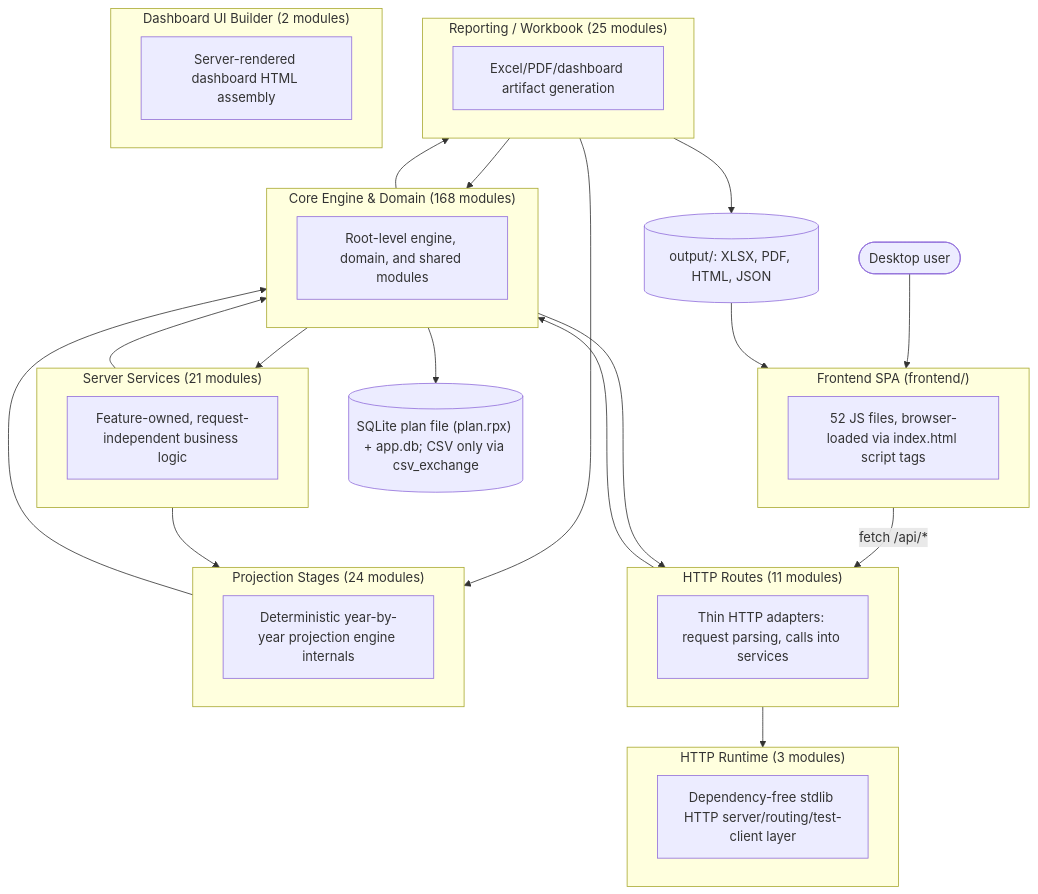
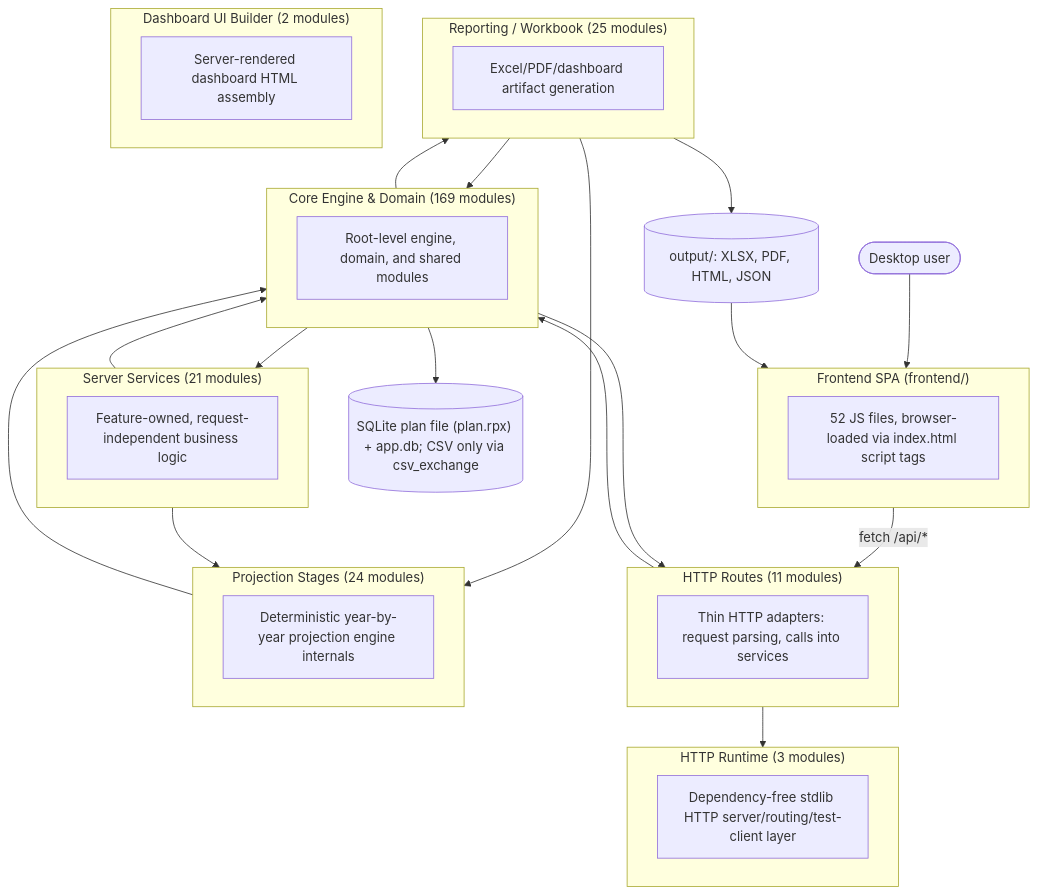
Before and after one commit to matthartzman/retirement_system: the first of 2 diagrams in documentation/reference/SYSTEM_ARCHITECTURE_DIAGRAM.md, drawn with Mermaid. The commit also changed other lines of this file and 12 other files, not shown here.

````diff
--- a/documentation/reference/SYSTEM_ARCHITECTURE_DIAGRAM.md
+++ b/documentation/reference/SYSTEM_ARCHITECTURE_DIAGRAM.md
@@ -11,42 +11,42 @@
 ```mermaid
 flowchart TB
     User(["Desktop user"]) --> FE
     subgraph FE["Frontend SPA (frontend/)"]
         FEcount["52 JS files, browser-loaded via index.html script tags"]
     end
     FE -->|fetch /api/*| L_HTTP_Routes
     subgraph L_HTTP_Routes["HTTP Routes (11 modules)"]
         L_HTTP_Routes_d["Thin HTTP adapters: request parsing, calls into services"]
     end
     subgraph L_Server_Services["Server Services (21 modules)"]
         L_Server_Services_d["Feature-owned, request-independent business logic"]
     end
     subgraph L_HTTP_Runtime["HTTP Runtime (3 modules)"]
         L_HTTP_Runtime_d["Dependency-free stdlib HTTP server/routing/test-client layer"]
     end
-    subgraph L_Core_Engine___Domain["Core Engine & Domain (168 modules)"]
+    subgraph L_Core_Engine___Domain["Core Engine & Domain (169 modules)"]
         L_Core_Engine___Domain_d["Root-level engine, domain, and shared modules"]
     end
     subgraph L_Projection_Stages["Projection Stages (24 modules)"]
         L_Projection_Stages_d["Deterministic year-by-year projection engine internals"]
     end
     subgraph L_Reporting___Workbook["Reporting / Workbook (25 modules)"]
         L_Reporting___Workbook_d["Excel/PDF/dashboard artifact generation"]
     end
     subgraph L_Dashboard_UI_Builder["Dashboard UI Builder (2 modules)"]
         L_Dashboard_UI_Builder_d["Server-rendered dashboard HTML assembly"]
     end
     L_Core_Engine___Domain --> L_HTTP_Routes
     L_Core_Engine___Domain --> L_Reporting___Workbook
     L_Core_Engine___Domain --> L_Server_Services
     L_HTTP_Routes --> L_Core_Engine___Domain
     L_HTTP_Routes --> L_HTTP_Runtime
     L_Projection_Stages --> L_Core_Engine___Domain
     L_Reporting___Workbook --> L_Core_Engine___Domain
     L_Reporting___Workbook --> L_Projection_Stages
     L_Server_Services --> L_Core_Engine___Domain
     L_Server_Services --> L_Projection_Stages
     L_Core_Engine___Domain --> DB[("SQLite plan file (plan.rpx) + app.db; CSV only via csv_exchange")]
     L_Reporting___Workbook --> Outputs[("output/: XLSX, PDF, HTML, JSON")]
     Outputs --> FE
 ```
````
